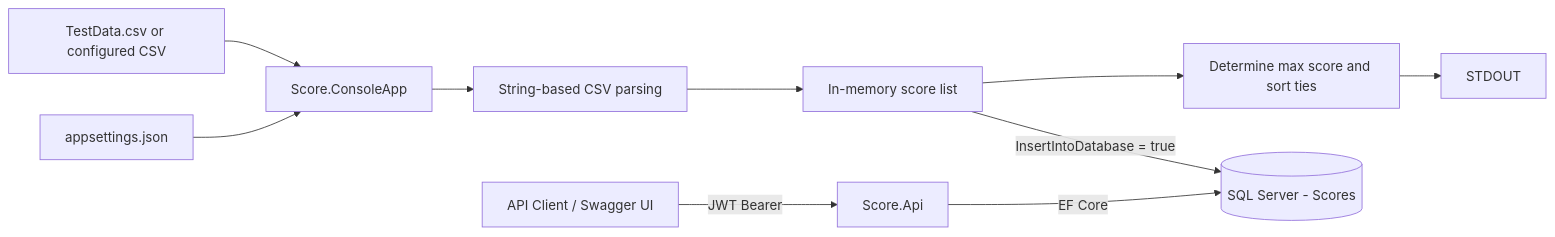
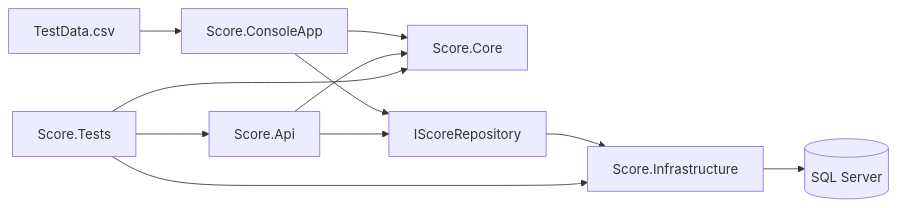
One commit to Mafuri1/ninety9Score changed the diagram in README.md. Above: the diagram before and after it, drawn with Mermaid. The commit also changed other lines of this file and 51 other files, not shown here.

````diff
--- a/README.md
+++ b/README.md
@@ -64,14 +16,13 @@
 ```mermaid
 flowchart LR
-    CSV[TestData.csv or configured CSV] --> Console[Score.ConsoleApp]
-    Config[appsettings.json] --> Console
-
-    Console --> Parse[String-based CSV parsing]
-    Parse --> Scores[In-memory score list]
-    Scores --> Rank[Determine max score and sort ties]
-    Rank --> Stdout[STDOUT]
-    Scores -->|InsertIntoDatabase = true| DB[(SQL Server - Scores)]
-
-    Client[API Client / Swagger UI] -->|JWT Bearer| API[Score.Api]
-    API -->|EF Core| DB
+    CSV[TestData.csv] --> Console[Score.ConsoleApp]
+    Console --> Core[Score.Core]
+    API[Score.Api] --> Core
+    Console --> Repo[IScoreRepository]
+    API --> Repo
+    Repo --> Infra[Score.Infrastructure]
+    Infra --> DB[(SQL Server)]
+    Tests[Score.Tests] --> Core
+    Tests --> Infra
+    Tests --> API
 ```
````
